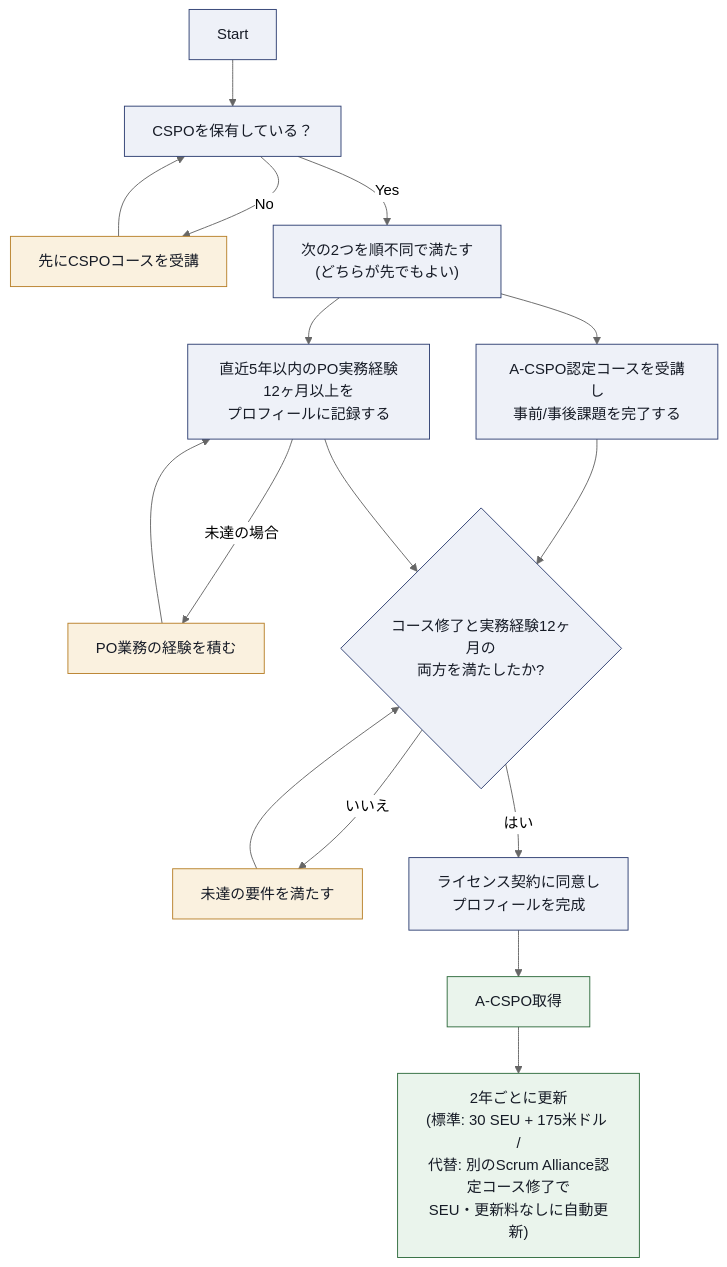
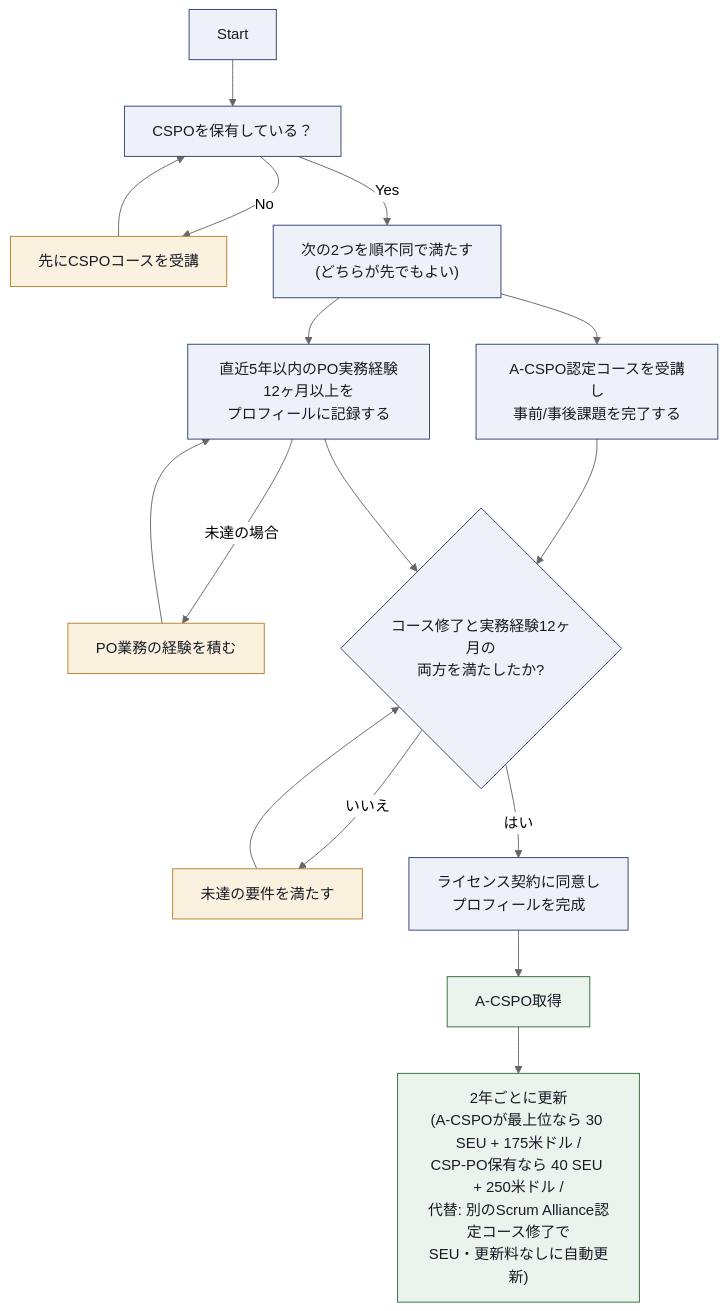
Before and after one commit to myoshi2891/Management-Team-Building-Studies: the second of 17 diagrams in A-cspo-advanced-certified-scrum-product-owner-study-guide.md, drawn with Mermaid (neutral theme). The commit also changed other lines of this file and 1 other file, not shown here.

Commit message:
docs: update A-CSPO and CSP-PO guides with reference links and content corrections

````diff
--- a/A-cspo-advanced-certified-scrum-product-owner-study-guide.md
+++ b/A-cspo-advanced-certified-scrum-product-owner-study-guide.md
@@ -100,25 +95,25 @@
 ```mermaid
 flowchart TD
     S["Start"] --> A["CSPOを保有している？"]
     A -- No --> A1["先にCSPOコースを受講"]
     A1 --> A
     A -- Yes --> P["次の2つを順不同で満たす<br/>(どちらが先でもよい)"]
     P --> C["A-CSPO認定コースを受講し<br/>事前/事後課題を完了する"]
     P --> B["直近5年以内のPO実務経験12ヶ月以上を<br/>プロフィールに記録する"]
     B -- 未達の場合 --> B1["PO業務の経験を積む"]
     B1 --> B
     C --> GATE{"コース修了と実務経験12ヶ月の<br/>両方を満たしたか?"}
     B --> GATE
     GATE -- いいえ --> W["未達の要件を満たす"]
     W --> GATE
     GATE -- はい --> E["ライセンス契約に同意し<br/>プロフィールを完成"]
     E --> F["A-CSPO取得"]
-    F --> G["2年ごとに更新<br/>(標準: 30 SEU + 175米ドル /<br/>代替: 別のScrum Alliance認定コース修了で<br/>SEU・更新料なしに自動更新)"]
+    F --> G["2年ごとに更新<br/>(A-CSPOが最上位なら 30 SEU + 175米ドル /<br/>CSP-PO保有なら 40 SEU + 250米ドル /<br/>代替: 別のScrum Alliance認定コース修了で<br/>SEU・更新料なしに自動更新)"]
 
     classDef box fill:#EEF1F8,stroke:#2E3F72,color:#161B26
     classDef hub fill:#FAF1DF,stroke:#B8802A,color:#161B26
     classDef done fill:#EAF4EC,stroke:#2F6B3D,color:#161B26
     class S,A,P,B,C,GATE,E box
     class A1,B1,W hub
     class F,G done
 ```
````
